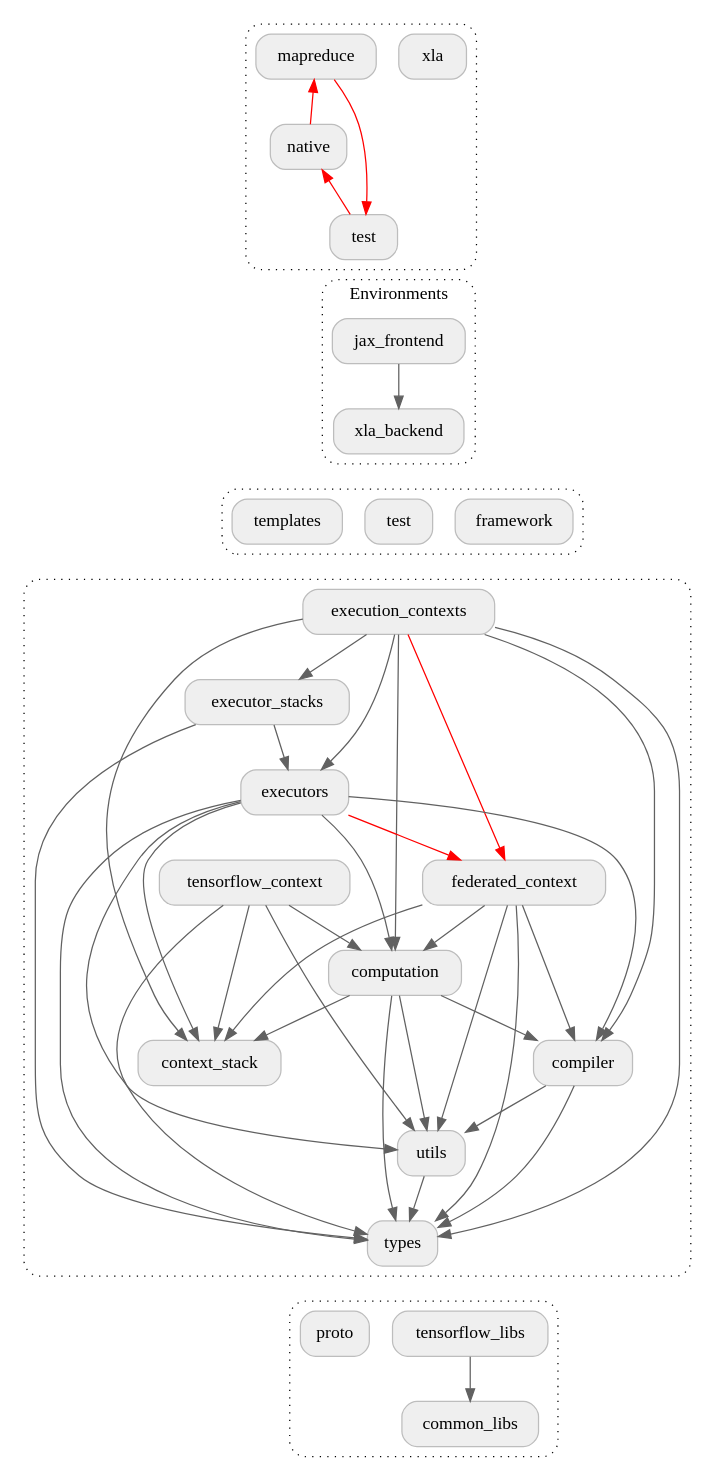
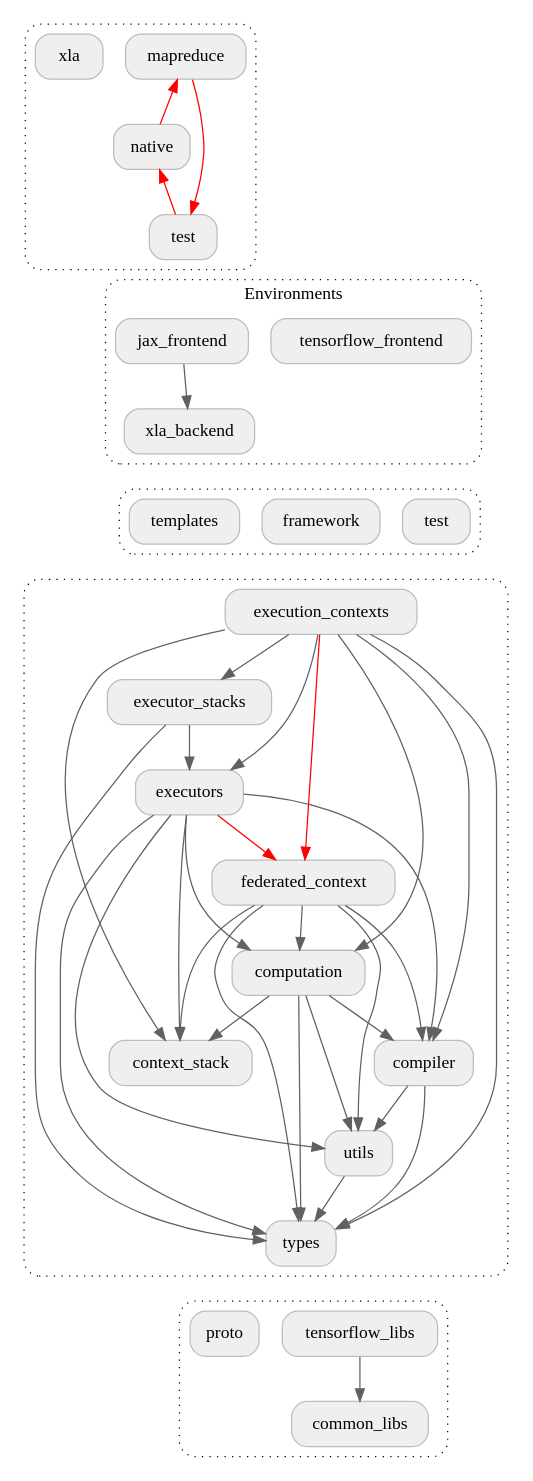
One commit to google-parfait/tensorflow-federated changed the diagram in docs/design/package_structure_core.dot. Above: the diagram before and after it, drawn with Graphviz. The commit also changed 112 other files, not shown here.

Commit message:
Move the `impl/tensorflow_context` package to `environments/tensorflow_frontend`.

```diff
--- a/docs/design/package_structure_core.dot
+++ b/docs/design/package_structure_core.dot
@@ -1,99 +1,98 @@
 digraph {
   graph [style="dotted,rounded"]
   node [shape="box", style="rounded,filled", fillcolor="#efefef", color="#bdbdbd"]
   edge [color="#616161"]
 
   subgraph cluster_backends {
     graph [href="https://github.com/tensorflow/federated/blob/main/tensorflow_federated/python/core/backends" target="_parent"]
     mapreduce [href="https://github.com/tensorflow/federated/blob/main/tensorflow_federated/python/core/backends/mapreduce" target="_parent"]
     native [href="https://github.com/tensorflow/federated/blob/main/tensorflow_federated/python/core/backends/native" target="_parent"]
     backends_test [label="test", href="https://github.com/tensorflow/federated/blob/main/tensorflow_federated/python/core/backends/test" target="_parent"]
     xla [href="https://github.com/tensorflow/federated/blob/main/tensorflow_federated/python/core/backends/xla" target="_parent"]
   }
 
   // TODO: b/233800075 - Remove dependency from `native` to `mapreduce`.
   mapreduce -> native [dir=back, color="#ff0000"]
   // TODO: b/233800373 - Remove dependency from `test` to `native`.
   native -> backends_test [dir=back, color="#ff0000"]
   // TODO: b/233801300 - Remove dependency from `mapreduce` to `test`.
   mapreduce -> backends_test [color="#ff0000"]
   backends_test -> jax_frontend [arrowhead="none", style="invisible"]
-  xla -> jax_frontend [arrowhead="none", style="invisible"]
+  backends_test -> tensorflow_frontend [arrowhead="none", style="invisible"]
 
   subgraph cluster_environments {
     graph [label="Environments", href="https://github.com/tensorflow/federated/blob/main/tensorflow_federated/python/core/environments" target="_parent"]
     jax_frontend [href="https://github.com/tensorflow/federated/blob/main/tensorflow_federated/python/core/environments/jax_frontend" target="_parent"]
     xla_backend [href="https://github.com/tensorflow/federated/blob/main/tensorflow_federated/python/core/environments/xla_backend" target="_parent"]
+    tensorflow_frontend [href="https://github.com/tensorflow/federated/blob/main/tensorflow_federated/python/core/environments/tensorflow_frontend" target="_parent"]
   }
 
   jax_frontend -> xla_backend
   xla_backend -> framework [arrowhead="none", style="invisible"]
   xla_backend -> test [arrowhead="none", style="invisible"]
   xla_backend -> templates [arrowhead="none", style="invisible"]
+  tensorflow_frontend -> framework [arrowhead="none", style="invisible"]
+  tensorflow_frontend -> test [arrowhead="none", style="invisible"]
+  tensorflow_frontend -> templates [arrowhead="none", style="invisible"]
 
   subgraph cluster_core_1 {
     framework [href="https://github.com/tensorflow/federated/blob/main/tensorflow_federated/python/core/framework" target="_parent"]
     test [href="https://github.com/tensorflow/federated/blob/main/tensorflow_federated/python/core/test" target="_parent"]
     templates [href="https://github.com/tensorflow/federated/blob/main/tensorflow_federated/python/core/templates" target="_parent"]
   }
 
   framework -> execution_contexts [arrowhead="none", style="invisible"]
   test -> execution_contexts [arrowhead="none", style="invisible"]
   templates -> execution_contexts [arrowhead="none", style="invisible"]
 
   subgraph cluster_core_2 {
     graph [href="https://github.com/tensorflow/federated/blob/main/tensorflow_federated/python/core/impl" target="_parent"]
     execution_contexts [href="https://github.com/tensorflow/federated/blob/main/tensorflow_federated/python/core/impl/execution_contexts" target="_parent"]
     executor_stacks [href="https://github.com/tensorflow/federated/blob/main/tensorflow_federated/python/core/impl/executor_stacks" target="_parent"]
     executors [href="https://github.com/tensorflow/federated/blob/main/tensorflow_federated/python/core/impl/executors" target="_parent"]
     federated_context [href="https://github.com/tensorflow/federated/blob/main/tensorflow_federated/python/core/impl/federated_context" target="_parent"]
-    tensorflow_context [href="https://github.com/tensorflow/federated/blob/main/tensorflow_federated/python/core/impl/tensorflow_context" target="_parent"]
     computation [href="https://github.com/tensorflow/federated/blob/main/tensorflow_federated/python/core/impl/computation" target="_parent"]
     compiler [href="https://github.com/tensorflow/federated/blob/main/tensorflow_federated/python/core/impl/compiler" target="_parent"]
     utils [href="https://github.com/tensorflow/federated/blob/main/tensorflow_federated/python/core/impl/utils" target="_parent"]
     types [href="https://github.com/tensorflow/federated/blob/main/tensorflow_federated/python/core/impl/types" target="_parent"]
     context_stack [href="https://github.com/tensorflow/federated/blob/main/tensorflow_federated/python/core/impl/context_stack" target="_parent"]
   }
 
   execution_contexts -> executor_stacks
   execution_contexts -> executors
   execution_contexts -> federated_context [color="#ff0000"]
   execution_contexts -> computation
   execution_contexts -> compiler
   execution_contexts -> types
   execution_contexts -> context_stack
   executor_stacks -> executors
   executor_stacks -> types
   executors -> federated_context [color="#ff0000"]
   executors -> computation
   executors -> compiler
   executors -> utils
   executors -> types
   executors -> context_stack
   federated_context -> computation
   federated_context -> compiler
   federated_context -> utils
   federated_context -> types
   federated_context -> context_stack
-  tensorflow_context -> computation
-  tensorflow_context -> utils
-  tensorflow_context -> types
-  tensorflow_context -> context_stack
   computation -> compiler
   computation -> utils
   computation -> types
   computation -> context_stack
   compiler -> utils
   compiler -> types
   utils -> types
   types -> tensorflow_libs [arrowhead="none", style="invisible"]
   types -> proto [arrowhead="none", style="invisible"]
 
   subgraph cluster_core_3 {
     tensorflow_libs [href="https://github.com/tensorflow/federated/blob/main/tensorflow_federated/python/tensorflow_libs" target="_parent"]
     common_libs [href="https://github.com/tensorflow/federated/blob/main/tensorflow_federated/python/common_libs" target="_parent"]
     proto [href="https://github.com/tensorflow/federated/blob/main/tensorflow_federated/proto" target="_parent"]
   }
 
   tensorflow_libs -> common_libs
 }
```
